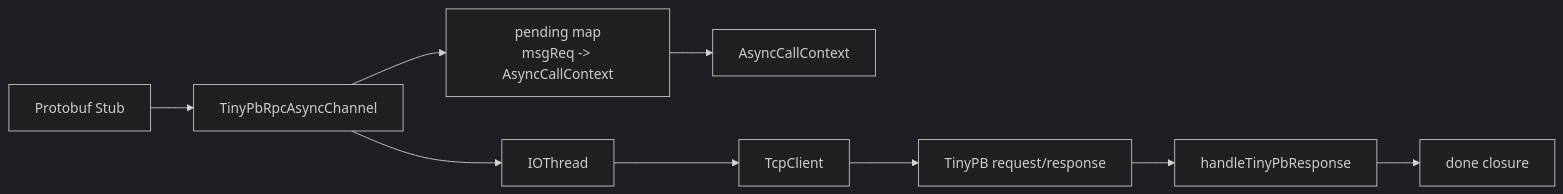
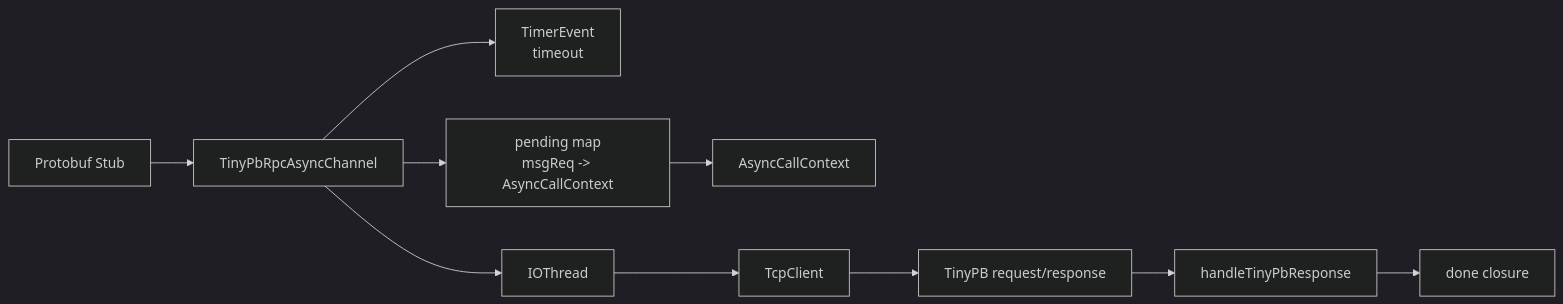
The diagram in docs/stage-15.md (echo9923/rpc), drawn with Mermaid (dark theme) before and after one commit. The commit also changed other lines of this file and 10 other files, not shown here.

````diff
--- a/docs/stage-15.md
+++ b/docs/stage-15.md
@@ -42,11 +55,12 @@
 ```mermaid
 flowchart LR
     Stub["Protobuf Stub"] --> AsyncChannel["TinyPbRpcAsyncChannel"]
+    AsyncChannel --> Timer["TimerEvent<br/>timeout"]
     AsyncChannel --> Pending["pending map<br/>msgReq -> AsyncCallContext"]
     Pending --> Context["AsyncCallContext"]
     AsyncChannel --> IOThread["IOThread"]
     IOThread --> TcpClient["TcpClient"]
     TcpClient --> TinyPB["TinyPB request/response"]
     TinyPB --> Handle["handleTinyPbResponse"]
     Handle --> Done["done closure"]
 ```
````
